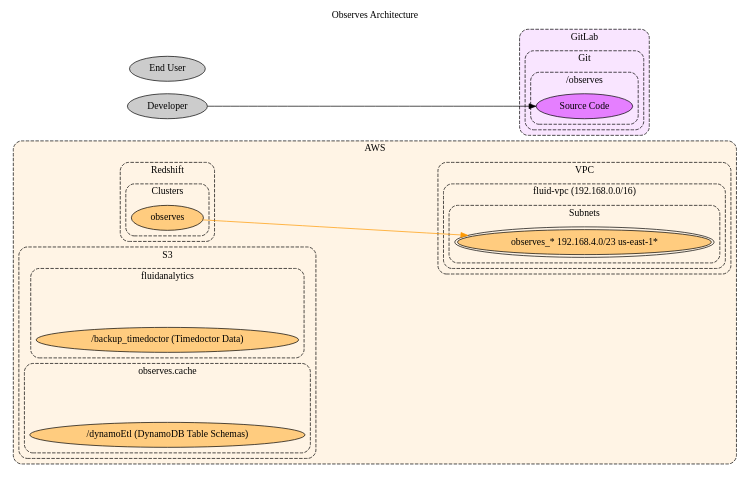
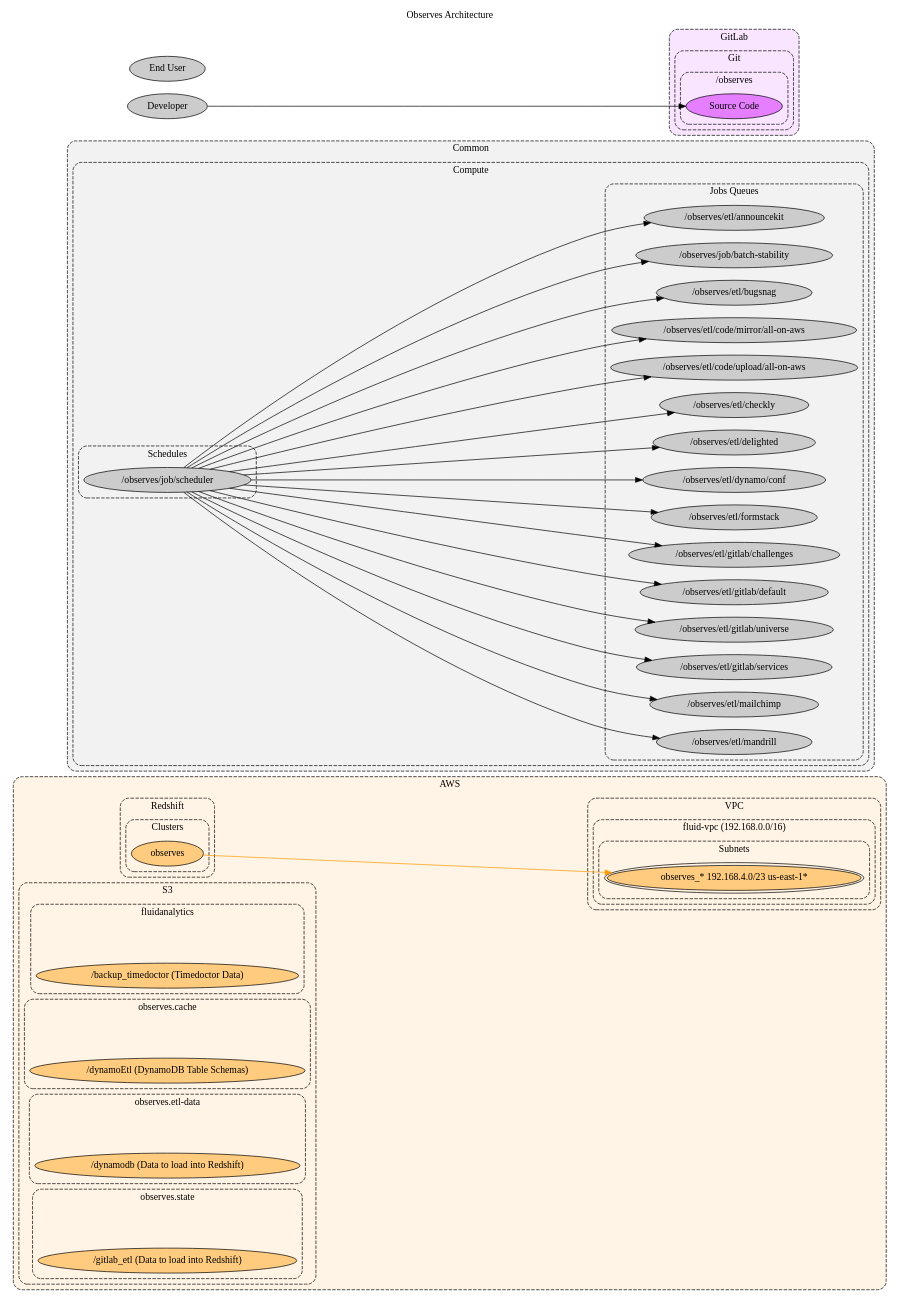
The diagram in docs/src/docs/development/products/observes/arch.dot (jeanbaptistemora/fluidattacks-universe2), drawn with Graphviz before and after one commit.

Commit message:
docs\feat(doc): #7581 observes arch
- Add a few buckets and their contents
- Add the schedules that run with the scheduler

```diff
--- a/docs/src/docs/development/products/observes/arch.dot
+++ b/docs/src/docs/development/products/observes/arch.dot
@@ -1,109 +1,161 @@
 // SPDX-FileCopyrightText: 2022 Fluid Attacks <development@fluidattacks.com>
 //
 // SPDX-License-Identifier: MPL-2.0
 
 digraph observes {
   label="Observes Architecture"
   labelloc="t"
   compound="true"
   concentrate="true"
-  ranksep="3.0"
+  ranksep="6.0"
   rankdir="LR"
   scale="scalexy"
 
   node[style="filled"]
   graph[style="dashed,rounded"]
 
   subgraph cluster_aws {
     label="AWS"
     bgcolor="0.1 0.1 1.0"
     node[fillcolor="0.1 0.5 1.0"]
 
     subgraph cluster_aws_redshift {
       label="Redshift"
 
       subgraph cluster_aws_redshift_clusters {
         label="Clusters"
 
         aws_redshift_clusters_observes[label="observes"]
       }
     }
 
     subgraph cluster_aws_s3 {
       label="S3"
 
       subgraph cluster_aws_s3_fluidanalytics {
         label="fluidanalytics"
 
         cluster_aws_s3_fluidanalytics[label="" style="invis"]
 
         aws_s3_fluidanalytics_backup_timedoctor[label="/backup_timedoctor (Timedoctor Data)"]
       }
 
       subgraph cluster_aws_s3_observes_cache {
         label="observes.cache"
 
         cluster_aws_s3_observes_cache[label="" style="invis"]
 
         aws_s3_observes_cache_dynamo_etl[label="/dynamoEtl (DynamoDB Table Schemas)"]
       }
+
+      subgraph cluster_aws_s3_observes_etl_data {
+        label="observes.etl-data"
+
+        cluster_aws_s3_observes_etl_data[label="" style="invis"]
+
+        aws_s3_observes_etl_data_dynamodb[label="/dynamodb (Data to load into Redshift)"]
+      }
+
+      subgraph cluster_aws_s3_observes_state {
+        label="observes.state"
+
+        cluster_aws_s3_observes_state[label="" style="invis"]
+
+        aws_s3_observes_state_gitlab_etl[label="/gitlab_etl (Data to load into Redshift)"]
+      }
     }
 
     subgraph cluster_aws_vpc {
       label="VPC"
 
       subgraph cluster_aws_vpc_fluid_vpc {
         label="fluid-vpc (192.168.0.0/16)"
 
         subgraph cluster_aws_vpc_fluid_vpc_subnets {
           label="Subnets"
 
           cluster_aws_vpc_fluid_vpc_subnets_observes[label="observes_* 192.168.4.0/23 us-east-1*" peripheries="2"]
         }
       }
     }
   }
 
   subgraph cluster_common {
     label="Common"
     bgcolor="0.0 0.0 0.95"
     node[fillcolor="0.0 0.0 0.8"]
 
     subgraph cluster_common_compute {
       label="Compute"
 
+      subgraph cluster_common_compute_job_queues {
+        label="Jobs Queues"
+
+        common_compute_schedules_observes_etl_announcekit[label="/observes/etl/announcekit"]
+        common_compute_schedules_observes_job_batch_stability[label="/observes/job/batch-stability"]
+        common_compute_schedules_observes_etl_bugsnag[label="/observes/etl/bugsnag"]
+        common_compute_schedules_observes_etl_code_mirror_all_on_aws[label="/observes/etl/code/mirror/all-on-aws"]
+        common_compute_schedules_observes_etl_code_upload_all_on_aws[label="/observes/etl/code/upload/all-on-aws"]
+        common_compute_schedules_observes_etl_checkly[label="/observes/etl/checkly"]
+        common_compute_schedules_observes_etl_delighted[label="/observes/etl/delighted"]
+        common_compute_schedules_observes_etl_dynamo_conf[label="/observes/etl/dynamo/conf"]
+        common_compute_schedules_observes_etl_formstack[label="/observes/etl/formstack"]
+        common_compute_schedules_observes_etl_gitlab_challenges[label="/observes/etl/gitlab/challenges"]
+        common_compute_schedules_observes_etl_gitlab_default[label="/observes/etl/gitlab/default"]
+        common_compute_schedules_observes_etl_gitlab_universe[label="/observes/etl/gitlab/universe"]
+        common_compute_schedules_observes_etl_gitlab_services[label="/observes/etl/gitlab/services"]
+        common_compute_schedules_observes_etl_mailchimp[label="/observes/etl/mailchimp"]
+        common_compute_schedules_observes_etl_mandrill[label="/observes/etl/mandrill"]
+      }
+
       subgraph cluster_common_compute_schedules {
         label="Schedules"
 
+        common_compute_schedules_observes_job_scheduler[label="/observes/job/scheduler"]
       }
     }
   }
 
   subgraph cluster_gitlab {
     label="GitLab"
     bgcolor="0.8 0.1 1.0"
     node[fillcolor="0.8 0.5 1.0"]
 
     subgraph cluster_gitlab_git {
       label="Git"
 
       subgraph cluster_gitlab_observes {
         label="/observes"
 
         gitlab_observes[label="Source Code"]
       }
     }
   }
 
   node[fillcolor="0.0 0.0 0.8"]
   end_user[label="End User"]
   developer[label="Developer"]
 
   edge[color="0.1 1.0 1.0"]
   aws_redshift_clusters_observes -> cluster_aws_vpc_fluid_vpc_subnets_observes[]
 
   edge[color="0.8 1.0 1.0"]
 
   edge[color="0.0 0.0 0.0"]
   developer -> gitlab_observes[]
+  common_compute_schedules_observes_job_scheduler -> common_compute_schedules_observes_etl_announcekit[]
+  common_compute_schedules_observes_job_scheduler -> common_compute_schedules_observes_job_batch_stability[]
+  common_compute_schedules_observes_job_scheduler -> common_compute_schedules_observes_etl_bugsnag[]
+  common_compute_schedules_observes_job_scheduler -> common_compute_schedules_observes_etl_code_mirror_all_on_aws[]
+  common_compute_schedules_observes_job_scheduler -> common_compute_schedules_observes_etl_code_upload_all_on_aws[]
+  common_compute_schedules_observes_job_scheduler -> common_compute_schedules_observes_etl_checkly[]
+  common_compute_schedules_observes_job_scheduler -> common_compute_schedules_observes_etl_delighted[]
+  common_compute_schedules_observes_job_scheduler -> common_compute_schedules_observes_etl_dynamo_conf[]
+  common_compute_schedules_observes_job_scheduler -> common_compute_schedules_observes_etl_formstack[]
+  common_compute_schedules_observes_job_scheduler -> common_compute_schedules_observes_etl_gitlab_challenges[]
+  common_compute_schedules_observes_job_scheduler -> common_compute_schedules_observes_etl_gitlab_default[]
+  common_compute_schedules_observes_job_scheduler -> common_compute_schedules_observes_etl_gitlab_universe[]
+  common_compute_schedules_observes_job_scheduler -> common_compute_schedules_observes_etl_gitlab_services[]
+  common_compute_schedules_observes_job_scheduler -> common_compute_schedules_observes_etl_mailchimp[]
+  common_compute_schedules_observes_job_scheduler -> common_compute_schedules_observes_etl_mandrill[]
 }
```
